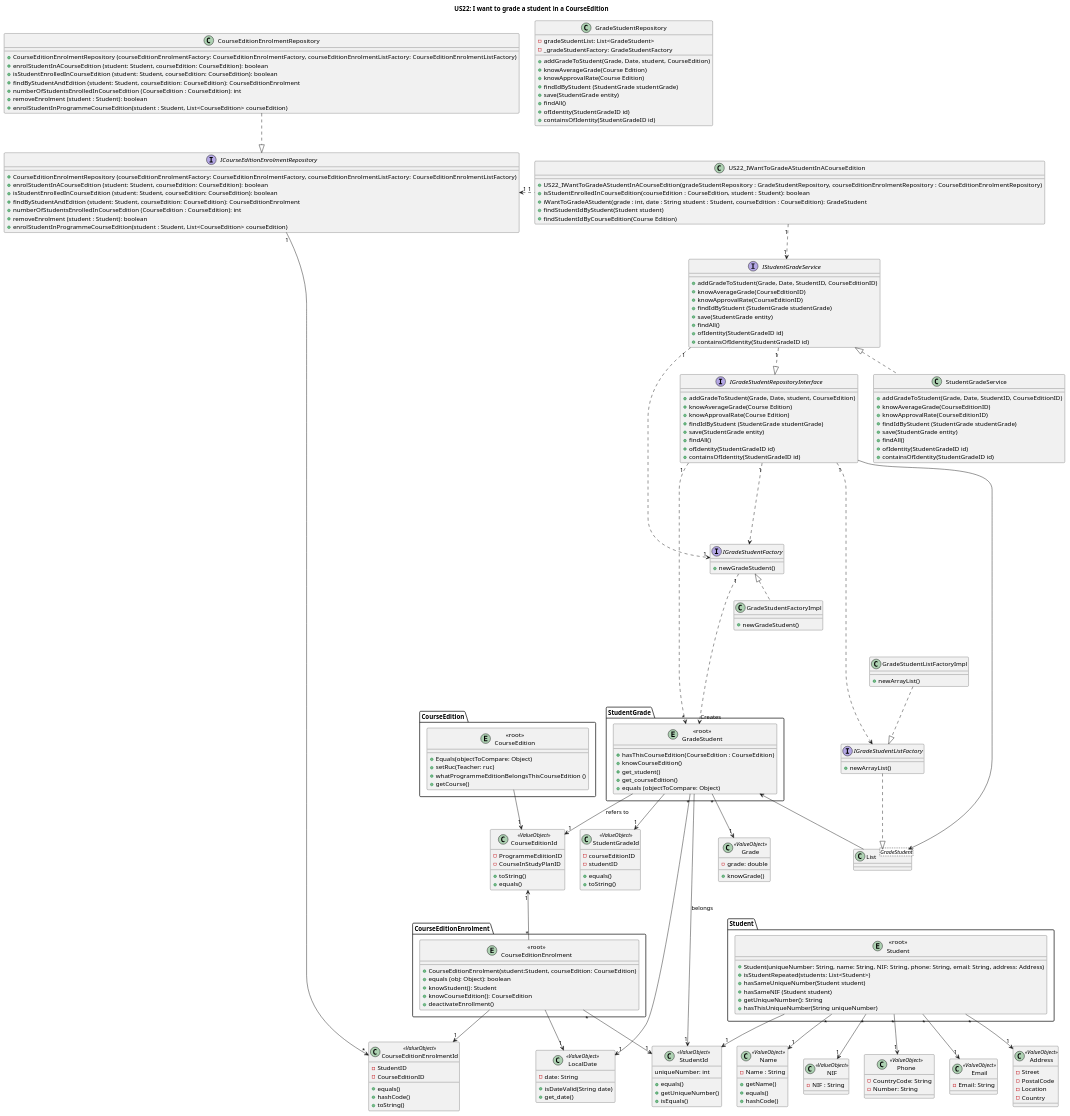
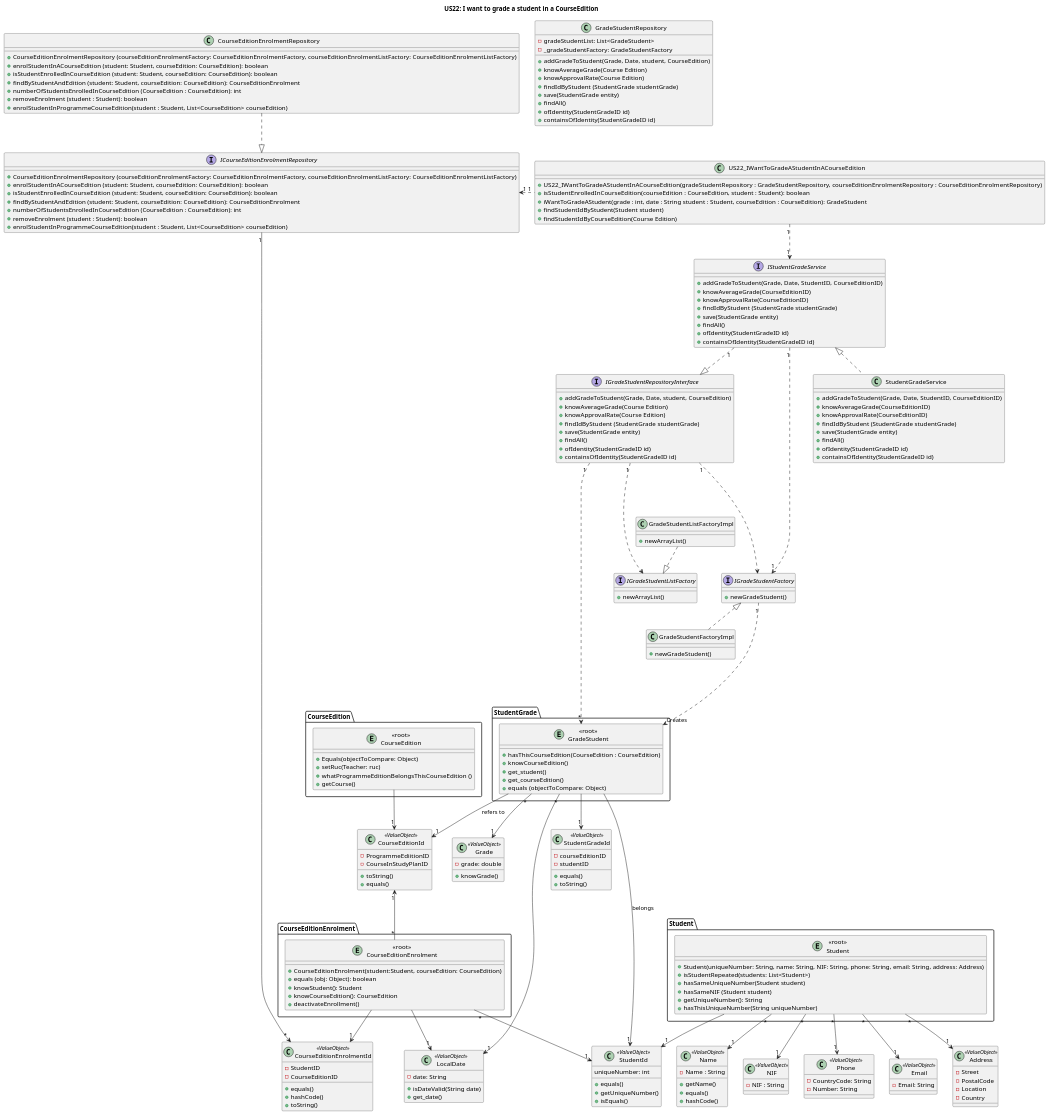
One commit to GasparISEP/DevOps-PAI changed the diagram in docs/US22/US22_Sprint5GradeAStudentInACourseEdition_ClassDiagram.puml. Above: the diagram before and after it, drawn with PlantUML.

Commit message:
Ref #314: After talking with colleagues we decide to take list because the database will persist the data

```diff
--- a/docs/US22/US22_Sprint5GradeAStudentInACourseEdition_ClassDiagram.puml
+++ b/docs/US22/US22_Sprint5GradeAStudentInACourseEdition_ClassDiagram.puml
@@ -72,10 +72,6 @@
     }
     }
 
-
-class List<GradeStudent> {
-
-}
 
 package "StudentGrade" {
 entity "<<root>>\nGradeStudent"  {
@@ -221,9 +217,8 @@
 IGradeStudentRepositoryInterface "1" ....>  IGradeStudentListFactory
 GradeStudentListFactoryImpl ..|>  IGradeStudentListFactory
 IGradeStudentFactory  <|..  GradeStudentFactoryImpl
-IGradeStudentListFactory ..|> List
-"<<root>>\nGradeStudent" <-- List
-List <-- IGradeStudentRepositoryInterface
+
+
 CourseEditionEnrolmentRepository ..|> ICourseEditionEnrolmentRepository
 ICourseEditionEnrolmentRepository "1" --> "*" CourseEditionEnrolmentId
 "<<root>>\nCourseEditionEnrolment" "*" --> "1" StudentId
```
